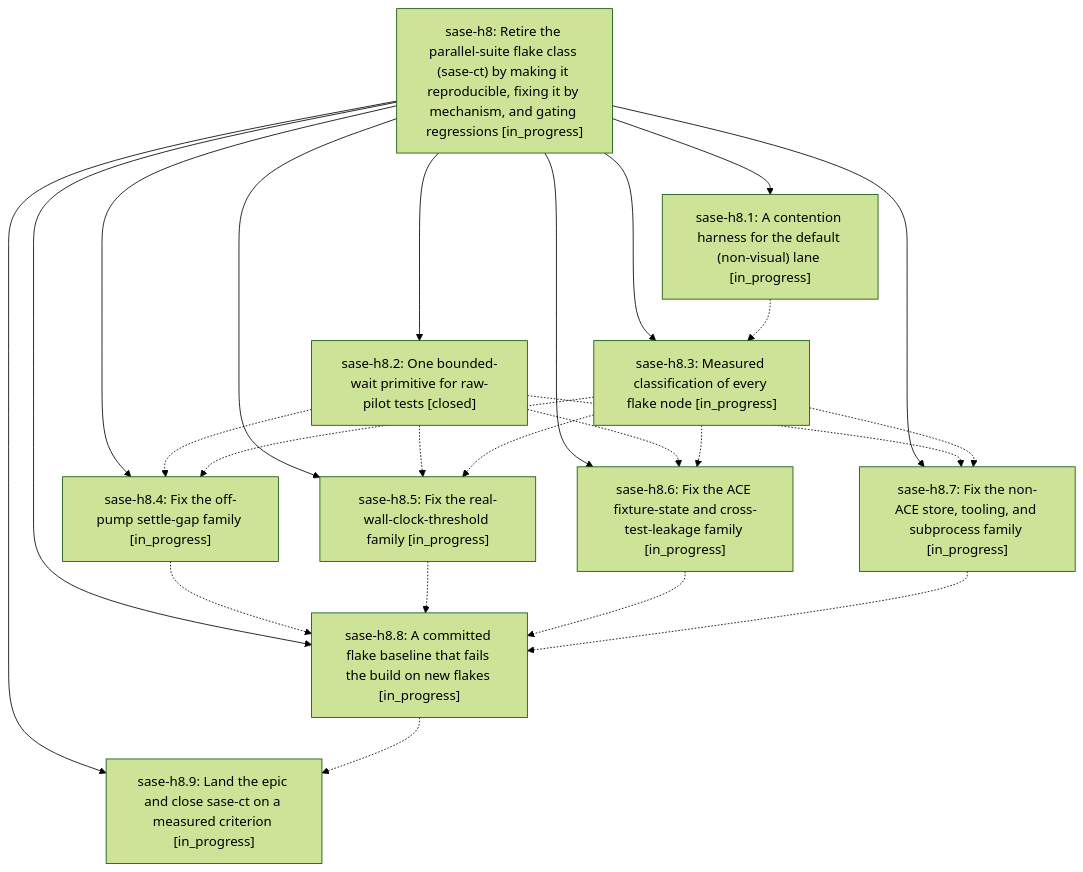
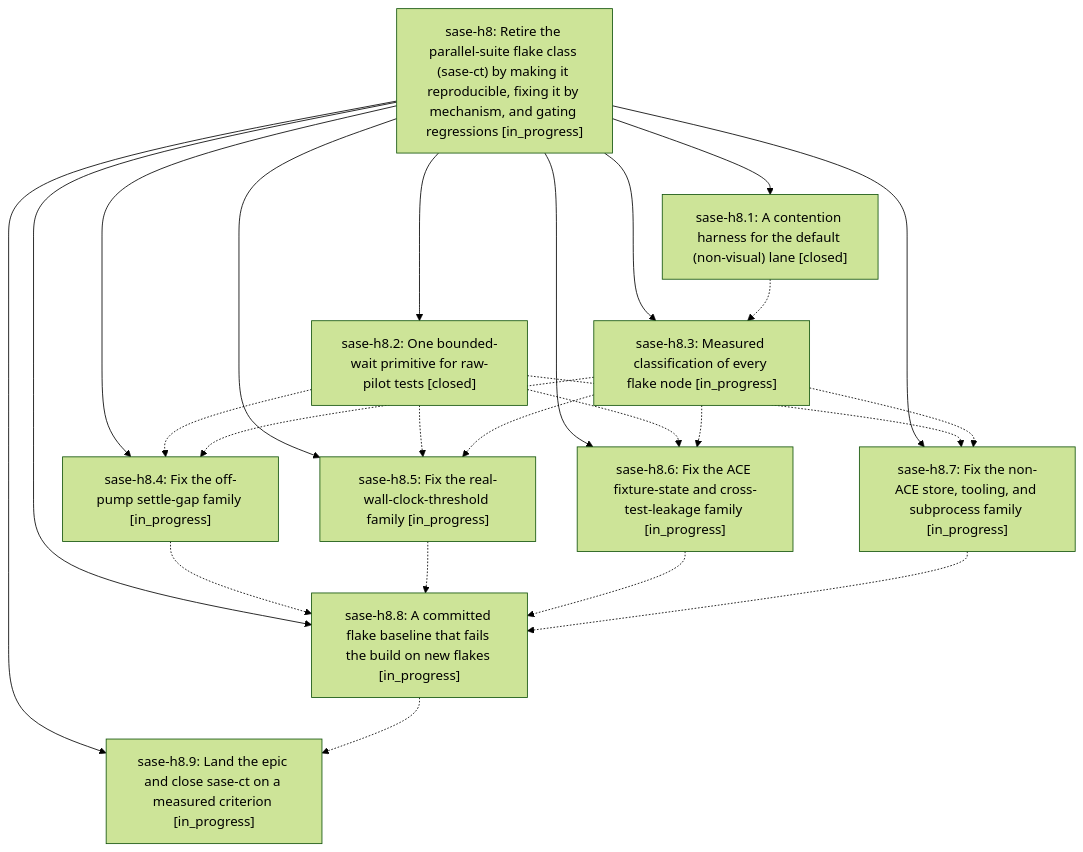
The diagram in pages/sase-h8/README.md (sase-org/sase--beads), drawn with Mermaid (forest theme) before and after one commit. The commit also changed other lines of this file and 2 other files, not shown here.

First line of the commit message:
chore(beads): sync bead state and pages for sase-h8

````diff
--- a/pages/sase-h8/README.md
+++ b/pages/sase-h8/README.md
@@ -30,36 +40,36 @@
 ```mermaid
 flowchart TD
     n0["sase-h8: Retire the parallel-suite flake class (sase-ct) by making it reproducible, fixing it by mechanism, and gating regressions [in_progress]"]
-    n1["sase-h8.1: A contention harness for the default (non-visual) lane [in_progress]"]
+    n1["sase-h8.1: A contention harness for the default (non-visual) lane [closed]"]
     n2["sase-h8.2: One bounded-wait primitive for raw-pilot tests [closed]"]
     n3["sase-h8.3: Measured classification of every flake node [in_progress]"]
     n4["sase-h8.4: Fix the off-pump settle-gap family [in_progress]"]
     n5["sase-h8.5: Fix the real-wall-clock-threshold family [in_progress]"]
     n6["sase-h8.6: Fix the ACE fixture-state and cross-test-leakage family [in_progress]"]
     n7["sase-h8.7: Fix the non-ACE store, tooling, and subprocess family [in_progress]"]
     n8["sase-h8.8: A committed flake baseline that fails the build on new flakes [in_progress]"]
     n9["sase-h8.9: Land the epic and close sase-ct on a measured criterion [in_progress]"]
     n0 --> n1
     n0 --> n2
     n0 --> n3
     n0 --> n4
     n0 --> n5
     n0 --> n6
     n0 --> n7
     n0 --> n8
     n0 --> n9
     n1 -.-> n3
     n2 -.-> n4
     n2 -.-> n5
     n2 -.-> n6
     n2 -.-> n7
     n3 -.-> n4
     n3 -.-> n5
     n3 -.-> n6
     n3 -.-> n7
     n4 -.-> n8
     n5 -.-> n8
     n6 -.-> n8
     n7 -.-> n8
     n8 -.-> n9
 ```
````
